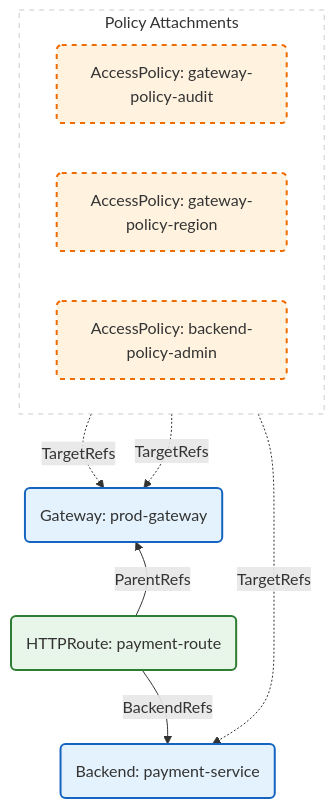
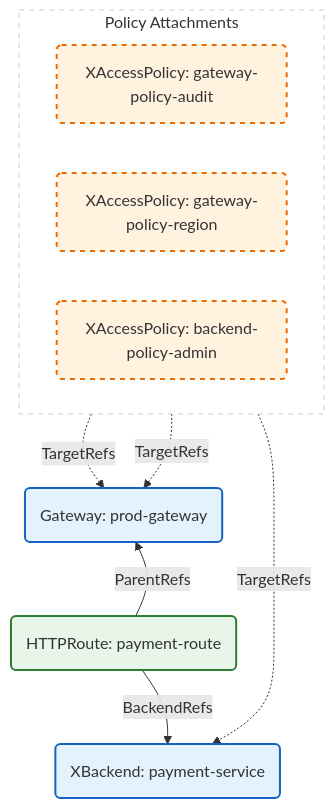
One commit to kubernetes-sigs/kube-agentic-networking changed the diagram in docs/proposals/0059-AccessPolicyTargetRefs.md. Above: the diagram before and after it, drawn with Mermaid. The commit also changed other lines of this file and 171 other files, not shown here.

````diff
--- a/docs/proposals/0059-AccessPolicyTargetRefs.md
+++ b/docs/proposals/0059-AccessPolicyTargetRefs.md
@@ -43,38 +43,38 @@
 ```mermaid
 graph TD
     %% 1. Policies at the Top
     subgraph PolicyLayer [Policy Attachments]
         direction LR
-        GPA1(AccessPolicy: gateway-policy-audit)
-        GPR1(AccessPolicy: gateway-policy-region)
-        BPA1(AccessPolicy: backend-policy-admin)
+        GPA1(XAccessPolicy: gateway-policy-audit)
+        GPR1(XAccessPolicy: gateway-policy-region)
+        BPA1(XAccessPolicy: backend-policy-admin)
     end
 
     %% 2. Infrastructure & Routing on the same line
     %% We define the order here: Gateway <-> Route <-> Backend
     GW(Gateway: prod-gateway)
     Route(HTTPRoute: payment-route)
-    BE(Backend: payment-service)
+    BE(XBackend: payment-service)
 
     %% Invisible links to force horizontal alignment
     GW ~~~ Route ~~~ BE
 
     %% 3. Vertical Arrows (Policies pointing DOWN)
     GPA1 -. "TargetRefs" .-> GW
     GPR1 -. "TargetRefs" .-> GW
     BPA1 -. "TargetRefs" .-> BE
 
     %% 4. Horizontal Arrows (Routing logic)
     Route -- "ParentRefs" --> GW
     Route -- "BackendRefs" --> BE
 
     %% --- STYLING ---
     classDef infra fill:#e3f2fd,stroke:#1565c0,stroke-width:2px;
     classDef routing fill:#e8f5e9,stroke:#2e7d32,stroke-width:2px;
     classDef policy fill:#fff3e0,stroke:#ef6c00,stroke-width:2px,stroke-dasharray: 5 5;
 
     class GW,BE infra;
     class Route routing;
     class GPA1,GPR1,BPA1 policy;
     style PolicyLayer fill:none,stroke:#ccc,stroke-dasharray: 5 5;
 ```
````
